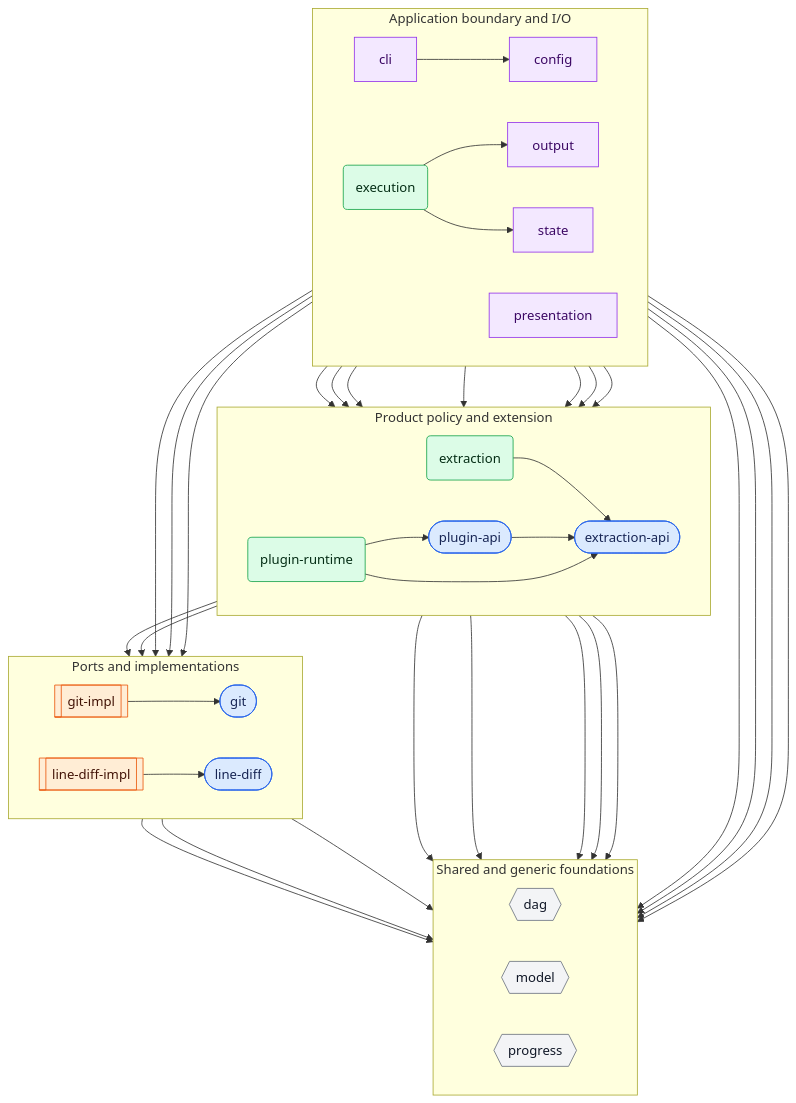
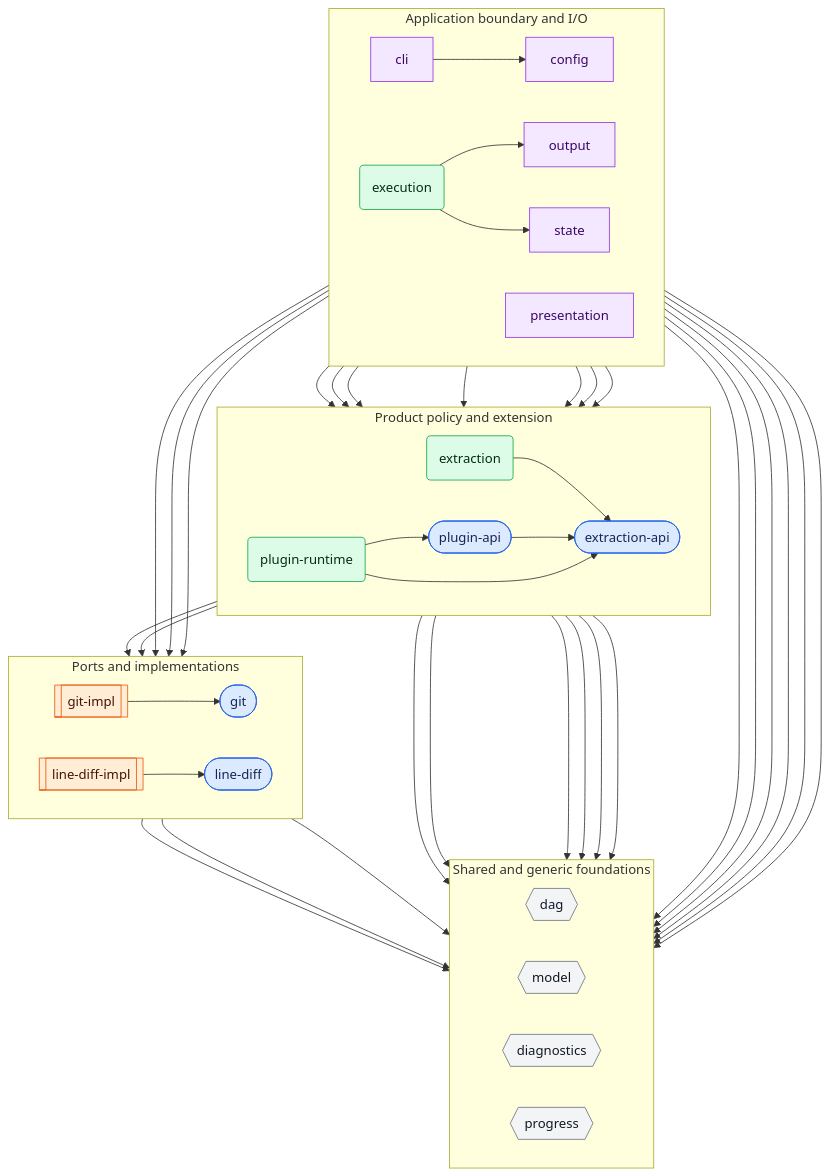
The first of 2 diagrams in packages/gitlode/docs/design/domain-design.md (gitlode/gitlode), drawn with Mermaid before and after one commit. The commit also changed other lines of this file and 33 other files, not shown here.

First line of the commit message:
refactor(gitlode): Separate diagnostics from progress reporting (#72)

```diff
--- a/packages/gitlode/docs/design/domain-design.md
+++ b/packages/gitlode/docs/design/domain-design.md
@@ -474,6 +484,7 @@
     direction LR
     dag{{"dag"}}
     model{{"model"}}
+    diagnostics{{"diagnostics"}}
     progress{{"progress"}}
   end
 
@@ -487,11 +498,12 @@
   class gitImpl,lineDiffImpl implementation
   class execution,extraction,pluginRuntime policy
   class cli,config,output,presentation,state boundary
-  class dag,model,progress foundation
+  class dag,diagnostics,model,progress foundation
 
   cli --> config
   config --> pluginApi
 
+  execution --> diagnostics
   execution --> extraction
   execution --> extractionApi
   execution --> git
@@ -504,23 +516,25 @@
   execution --> progress
   execution --> state
 
+  presentation --> diagnostics
   presentation --> progress
   output --> extractionApi
   state --> extractionApi
   state --> model
 
+  extraction --> diagnostics
   extraction --> extractionApi
   extraction --> git
   extraction --> lineDiff
   extraction --> model
   extraction --> progress
+  extractionApi --> diagnostics
   extractionApi --> model
-  extractionApi --> progress
 
   pluginApi --> extractionApi
+  pluginRuntime --> diagnostics
   pluginRuntime --> extractionApi
   pluginRuntime --> pluginApi
-  pluginRuntime --> progress
 
   git --> model
   gitImpl --> dag
```
